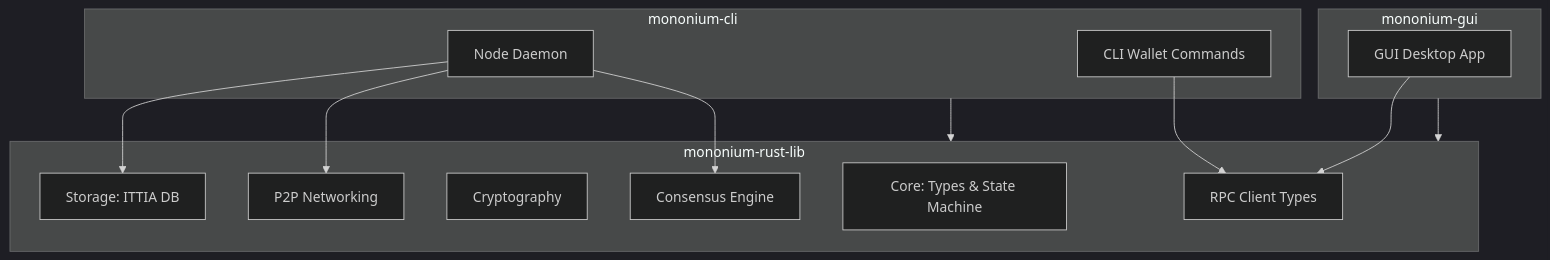
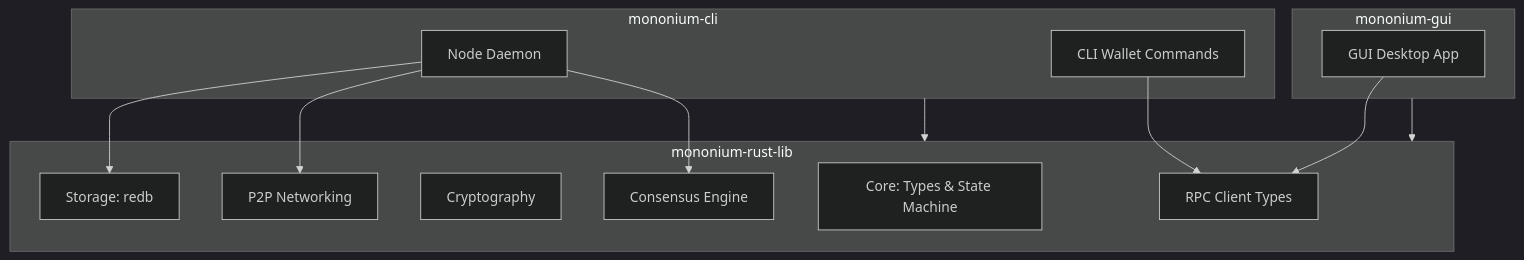
One commit to Monbuticloud/mononium changed the diagram in docs/plans/V0.2.0/Architecture.md. Above: the diagram before and after it, drawn with Mermaid (dark theme). The commit also changed other lines of this file and 11 other files, not shown here.

````diff
--- a/docs/plans/V0.2.0/Architecture.md
+++ b/docs/plans/V0.2.0/Architecture.md
@@ -21,28 +21,28 @@
 ```mermaid
 graph TD
     subgraph mononium-rust-lib
         Core[Core: Types & State Machine]
         Consensus[Consensus Engine]
         Crypto[Cryptography]
-        Storage[Storage: ITTIA DB]
+        Storage[Storage: redb]
         Network[P2P Networking]
         RPC[RPC Client Types]
     end
 
     subgraph mononium-cli
         Node[Node Daemon]
         WalletCLI[CLI Wallet Commands]
     end
 
     subgraph mononium-gui
         GUI[GUI Desktop App]
     end
 
     mononium-cli --> mononium-rust-lib
     mononium-gui --> mononium-rust-lib
     Node --> Storage
     Node --> Network
     Node --> Consensus
     WalletCLI --> RPC
     GUI --> RPC
 ```
````
